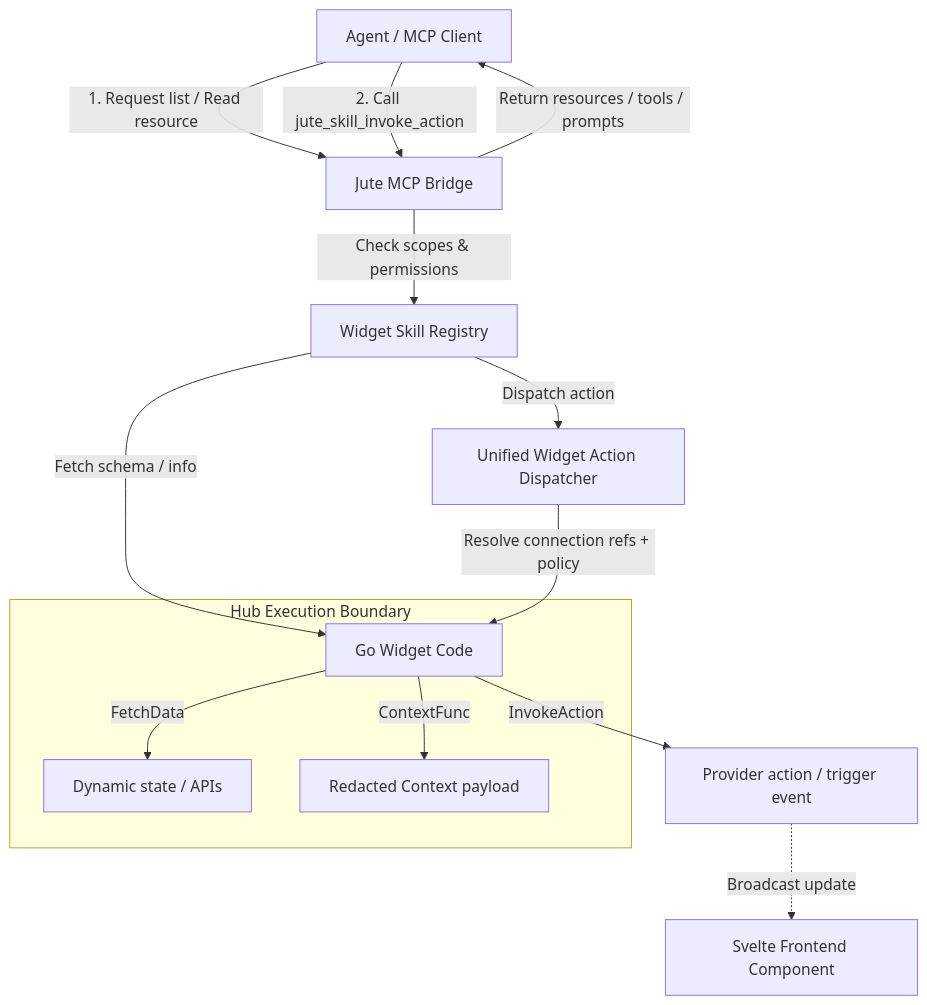
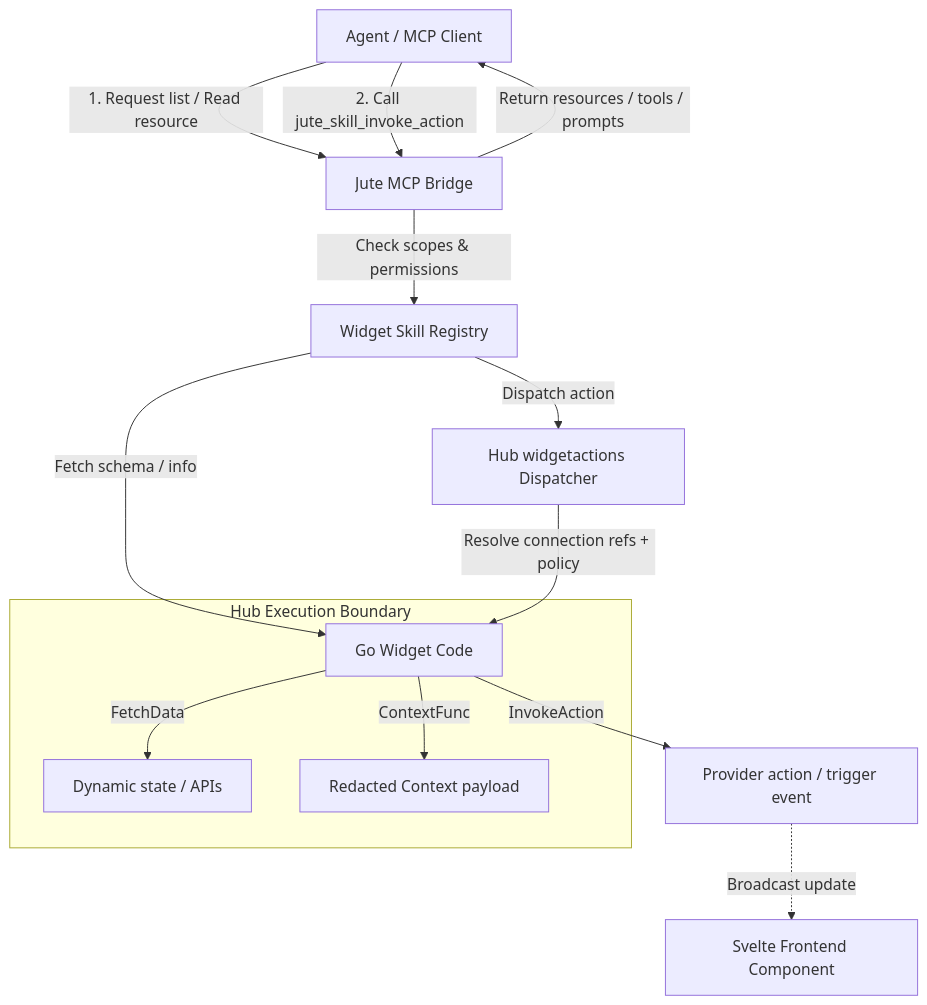
Before and after one commit to juteai/jute-dash: the diagram in docs/architecture/widget-skills.md, drawn with Mermaid. The commit also changed other lines of this file and 28 other files, not shown here.

Commit message:
feat(widgets): harden connection-aware architecture

````diff
--- a/docs/architecture/widget-skills.md
+++ b/docs/architecture/widget-skills.md
@@ -24,20 +24,20 @@
 ```mermaid
 flowchart TD
     Agent[Agent / MCP Client] -->|1. Request list / Read resource| Bridge[Jute MCP Bridge]
     Agent -->|2. Call jute_skill_invoke_action| Bridge
 
     Bridge -->|Check scopes & permissions| Registry[Widget Skill Registry]
     Registry -->|Fetch schema / info| GoWidget[Go Widget Code]
 
     subgraph Execution [Hub Execution Boundary]
         GoWidget -->|FetchData| Data[Dynamic state / APIs]
         GoWidget -->|ContextFunc| Context[Redacted Context payload]
     end
 
     Bridge -->|Return resources / tools / prompts| Agent
 
-    Registry -->|Dispatch action| Dispatcher[Unified Widget Action Dispatcher]
+    Registry -->|Dispatch action| Dispatcher["Hub widgetactions Dispatcher"]
     Dispatcher -->|Resolve connection refs + policy| GoWidget
     GoWidget -->|InvokeAction| ActionExec[Provider action / trigger event]
     ActionExec -.->|Broadcast update| Svelte[Svelte Frontend Component]
 ```
````
